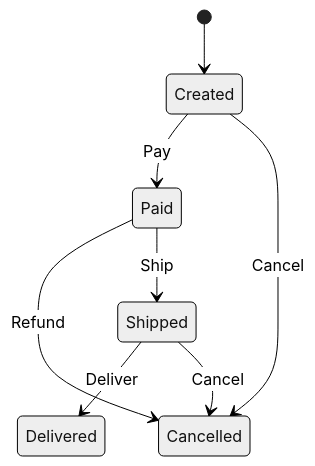
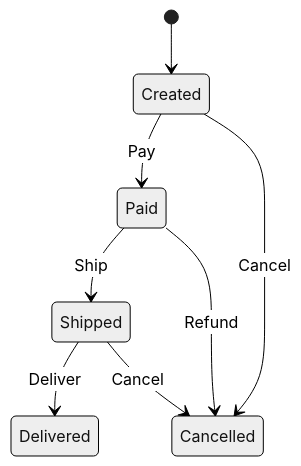
Before and after one commit to kookyleo/yasm: the diagram in docs/order_state_machine.mermaid, drawn with Mermaid (neutral theme). The commit also changed other lines of this file and 3 other files, not shown here.

```diff
--- a/docs/order_state_machine.mermaid
+++ b/docs/order_state_machine.mermaid
@@ -1,8 +1,8 @@
 stateDiagram-v2
     [*] --> Created
     Created --> Paid : Pay
     Shipped --> Delivered : Deliver
+    Paid --> Shipped : Ship
     Shipped --> Cancelled : Cancel
+    Paid --> Cancelled : Refund
     Created --> Cancelled : Cancel
-    Paid --> Cancelled : Refund
-    Paid --> Shipped : Ship
```
